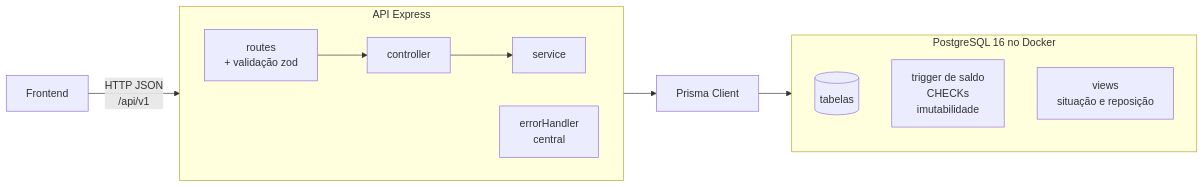
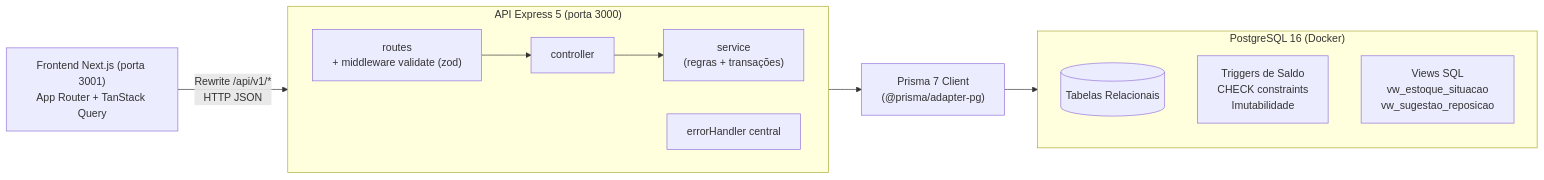
Before and after one commit to Micael-Dombroski/EstoquesArduinoDelfes: the first of 4 diagrams in docs/arquitetura.md, drawn with Mermaid. The commit also changed other lines of this file and 3 other files, not shown here.

````diff
--- a/docs/arquitetura.md
+++ b/docs/arquitetura.md
@@ -44,19 +53,19 @@
 ```mermaid
 flowchart LR
-  F[Frontend] -->|"HTTP JSON<br>/api/v1"| R
+  F["Frontend Next.js (porta 3001)<br>App Router + TanStack Query"] -->|"Rewrite /api/v1/*<br>HTTP JSON"| R
 
-  subgraph API [API Express]
+  subgraph API ["API Express 5 (porta 3000)"]
     direction LR
-    R[routes<br>+ validação zod] --> C[controller] --> S[service]
-    EH[errorHandler<br>central]
+    R["routes<br>+ middleware validate (zod)"] --> C["controller"] --> S["service<br>(regras + transações)"]
+    EH["errorHandler central"]
   end
 
-  S --> P[Prisma Client]
+  S --> P["Prisma 7 Client<br>(@prisma/adapter-pg)"]
   P --> DB
 
-  subgraph DB [PostgreSQL 16 no Docker]
-    T[(tabelas)]
-    TR[trigger de saldo<br>CHECKs<br>imutabilidade]
-    V[views<br>situação e reposição]
+  subgraph DB ["PostgreSQL 16 (Docker)"]
+    T[("Tabelas Relacionais")]
+    TR["Triggers de Saldo<br>CHECK constraints<br>Imutabilidade"]
+    V["Views SQL<br>vw_estoque_situacao<br>vw_sugestao_reposicao"]
   end
 ```
````
